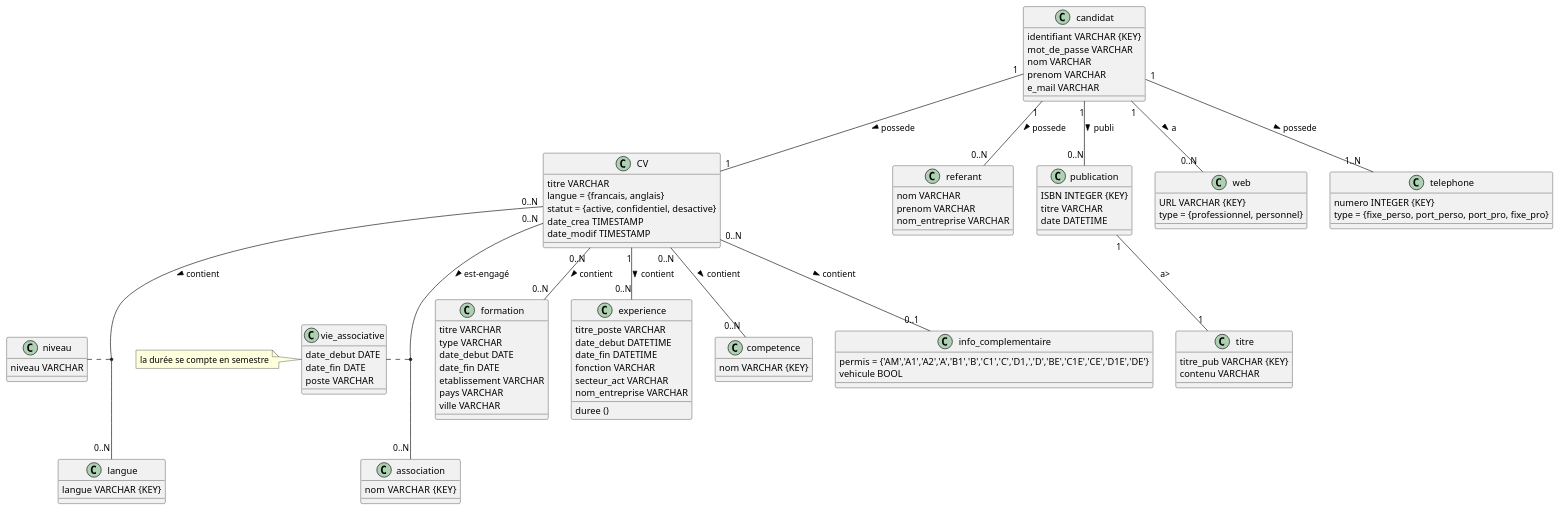
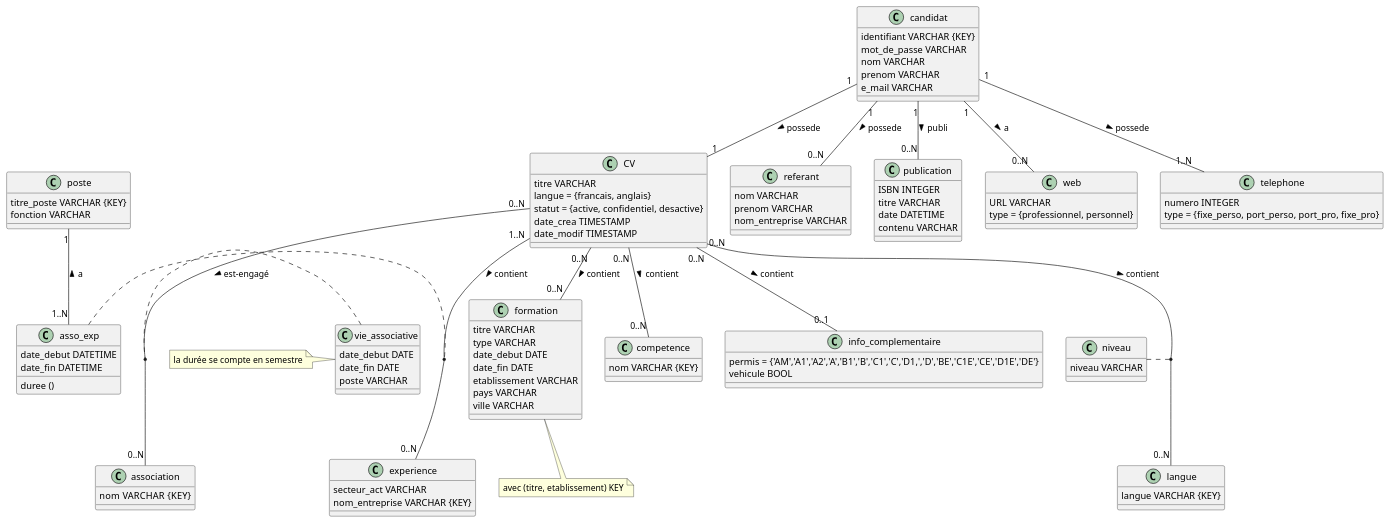
One commit to louisepght/database_CVtheque changed the diagram in UMLnormalisé.plantUML. Above: the diagram before and after it, drawn with PlantUML.

```diff
--- a/UMLnormalisé.plantUML
+++ b/UMLnormalisé.plantUML
@@ -3,126 +1,135 @@
 @startuml
 
 CV "0..N" -- "0..N" formation : contient >
 
-CV "1" -- "0..N" experience : contient >
+CV "1..N" -- "0..N" experience : contient >
 
 CV "0..N" -- "0..N" competence : contient >
 
 CV "0..N" -- "0..N" langue : contient >
 
 CV "0..N" -- "0..1" info_complementaire : contient >
 
 candidat "1" -- "1" CV : possede >
 
 candidat "1"-- "0..N" referant : possede >
 
 candidat "1" -- "0..N" publication : publi >
 
 candidat "1" -- "0..N" web : a > 
 
 candidat "1" -- "1..N" telephone : possede >
 
 CV "0..N" -- "0..N" association : est-engagé >
 
-publication "1" -- "1" titre : a>
-
 niveau .. (CV, langue)
 
 vie_associative .. (association, CV)
 
 note left of vie_associative : la durée se compte en semestre
+
+asso_exp .. (experience,CV) 
+
+poste "1"--"1..N" asso_exp : a <
+
+
+
+
+class asso_exp {
+    date_debut DATETIME 
+    date_fin DATETIME 
+    duree ()
+}
+
+class poste{
+    titre_poste VARCHAR {KEY}
+    fonction VARCHAR
+}
 
 class vie_associative{
     date_debut DATE
     date_fin DATE
     poste VARCHAR
 }
 
 class niveau {
     niveau VARCHAR
 }
 
 class CV {
   titre VARCHAR 
   langue = {francais, anglais}
   statut = {active, confidentiel, desactive}
   date_crea TIMESTAMP
   date_modif TIMESTAMP
 }
 
 class formation { 
   titre VARCHAR 
   type VARCHAR 
   date_debut DATE
   date_fin DATE
   etablissement VARCHAR 
   pays VARCHAR
   ville VARCHAR
 }
 
+class formation
+note bottom: avec (titre, etablissement) KEY
 
 class experience{
-    titre_poste VARCHAR 
-    date_debut DATETIME 
-    date_fin DATETIME 
-    fonction VARCHAR 
     secteur_act VARCHAR 
-    nom_entreprise VARCHAR
-    duree ()
+    nom_entreprise VARCHAR {KEY}
 }
 
 class competence{
     nom VARCHAR {KEY}
 }
 
 class langue{
     langue VARCHAR {KEY}
 }
 
 class info_complementaire{
     permis = {'AM','A1','A2','A','B1','B','C1','C','D1,','D','BE','C1E','CE','D1E','DE'}
     vehicule BOOL
 }
 
 class candidat{
     identifiant VARCHAR {KEY}
     mot_de_passe VARCHAR 
     nom VARCHAR
     prenom VARCHAR
     e_mail VARCHAR
 }
 
 class referant{
     nom VARCHAR
     prenom VARCHAR
-    nom_entreprise VARCHAR
+    nom_entreprise VARCHAR 
 }
 
 class publication{
-    ISBN INTEGER {KEY}
+    ISBN INTEGER 
     titre VARCHAR 
     date DATETIME 
-}
-
-class titre {
-    titre_pub VARCHAR {KEY}
     contenu VARCHAR 
 }
 
 class web {
-    URL VARCHAR {KEY}
+    URL VARCHAR 
     type = {professionnel, personnel}
 }
 
 class telephone {
-    numero INTEGER {KEY}
+    numero INTEGER 
     type = {fixe_perso, port_perso, port_pro, fixe_pro}
 }
 
 class association{
     nom VARCHAR  {KEY}
 }
 
 
 
 @enduml
```
